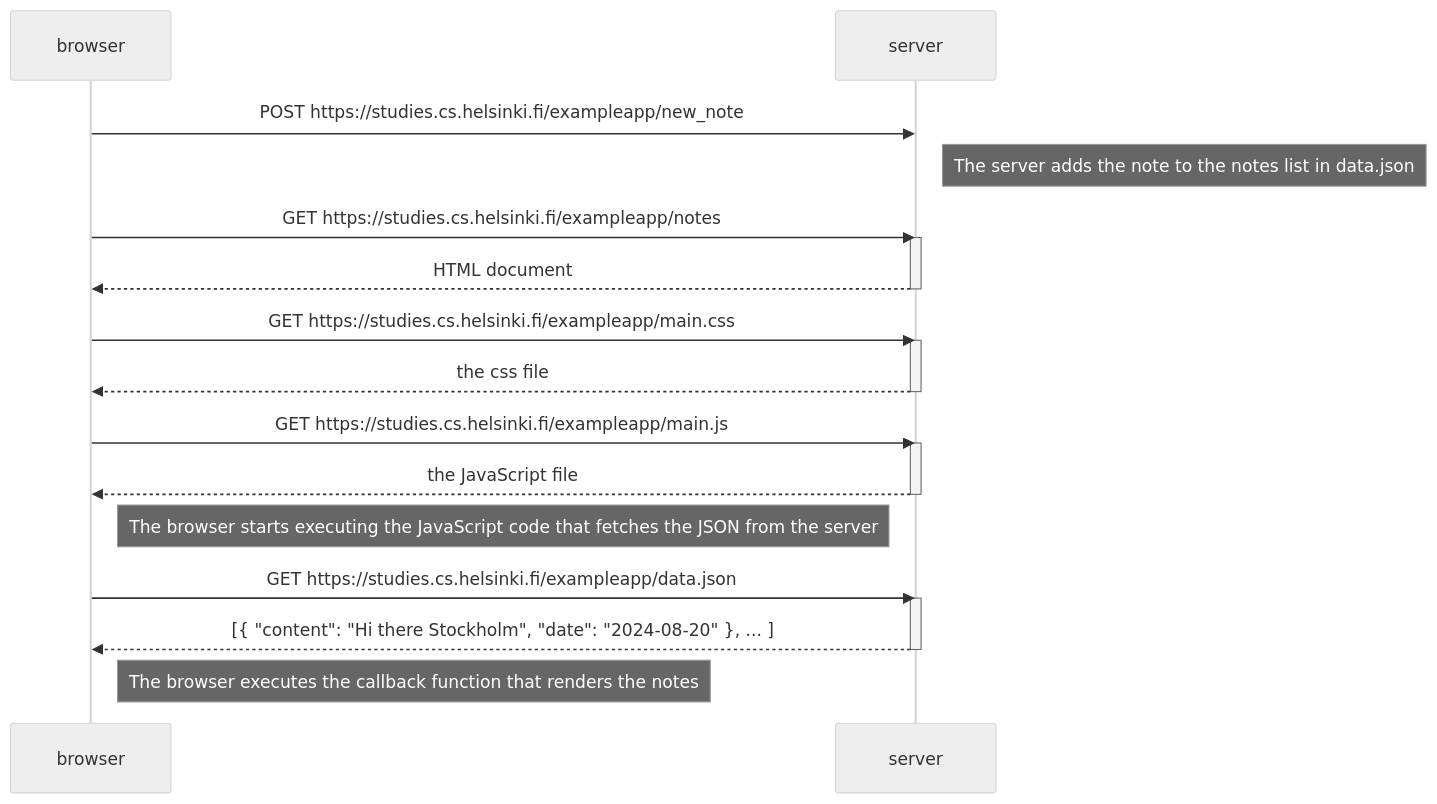
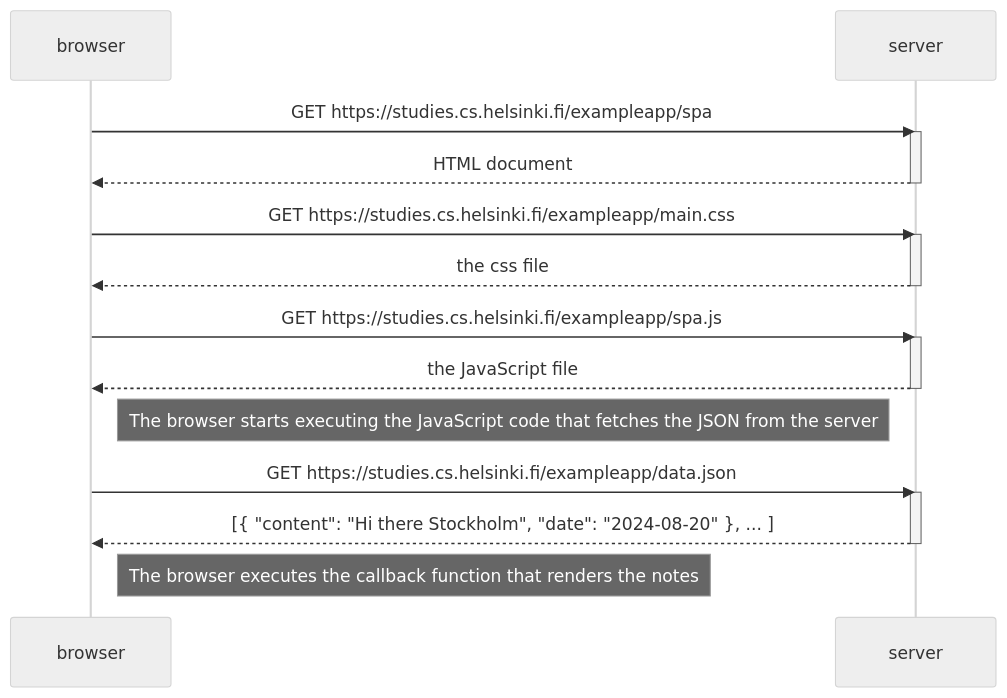
One commit to nuckynine/fullstack changed the diagram in part0/0.5.md. Above: the diagram before and after it, drawn with Mermaid (neutral theme).

````diff
--- a/part0/0.5.md
+++ b/part0/0.5.md
@@ -1,31 +1,29 @@
 ```mermaid
 sequenceDiagram
     participant browser
     participant server
 
-    browser->>server: POST https://studies.cs.helsinki.fi/exampleapp/new_note
-    Note right of server: The server adds the note to the notes list in data.json
-    browser->>server: GET https://studies.cs.helsinki.fi/exampleapp/notes
+    browser->>server: GET https://studies.cs.helsinki.fi/exampleapp/spa
     activate server
     server-->>browser: HTML document
     deactivate server
 
     browser->>server: GET https://studies.cs.helsinki.fi/exampleapp/main.css
     activate server
     server-->>browser: the css file
     deactivate server
 
-    browser->>server: GET https://studies.cs.helsinki.fi/exampleapp/main.js
+    browser->>server: GET https://studies.cs.helsinki.fi/exampleapp/spa.js
     activate server
     server-->>browser: the JavaScript file
     deactivate server
 
     Note right of browser: The browser starts executing the JavaScript code that fetches the JSON from the server
 
     browser->>server: GET https://studies.cs.helsinki.fi/exampleapp/data.json
     activate server
     server-->>browser: [{ "content": "Hi there Stockholm", "date": "2024-08-20" }, ... ]
     deactivate server
 
     Note right of browser: The browser executes the callback function that renders the notes
 ```
````
